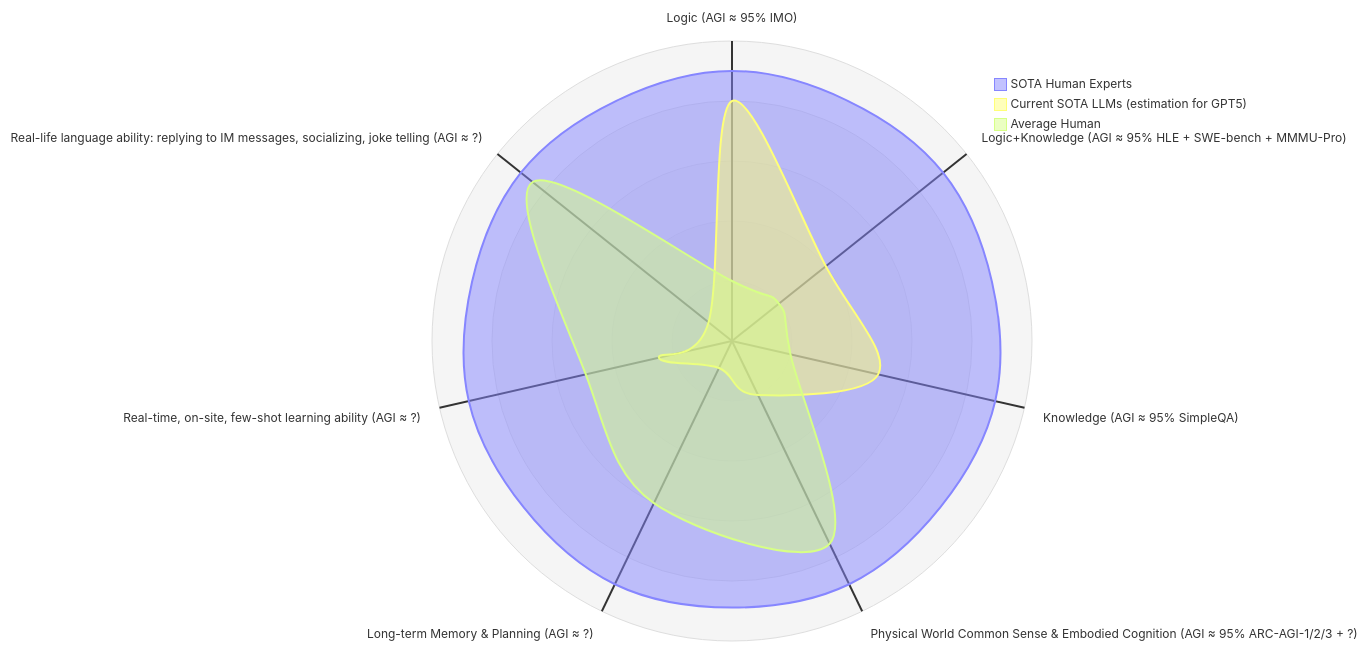
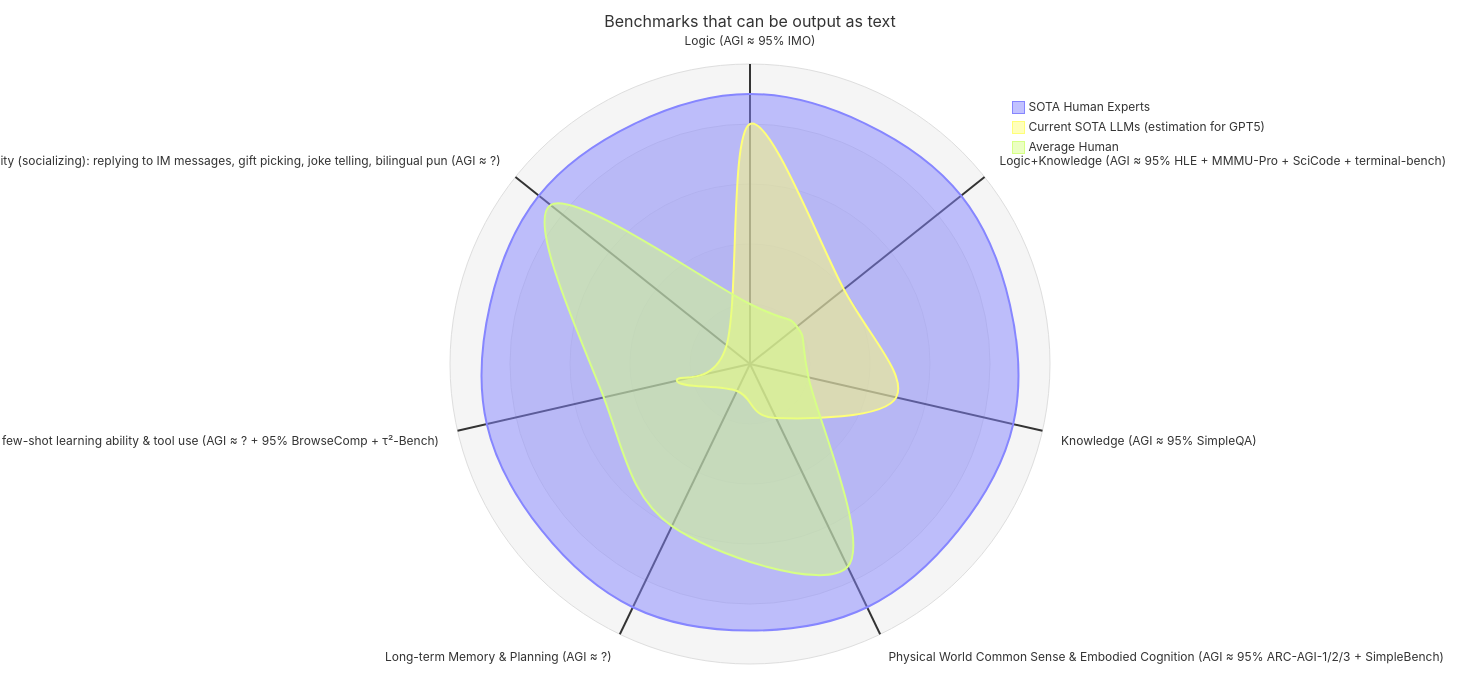
Before and after one commit to RarityBrown/blog: the diagram in blog/AI/thoughts.md, drawn with Mermaid. The commit also changed other lines of this file, not shown here.

````diff
--- a/blog/AI/thoughts.md
+++ b/blog/AI/thoughts.md
@@ -52,15 +52,18 @@
 ```mermaid
+---
+title: "Benchmarks that can be output as text"
+---
 radar-beta
-  axis logic["Logic (AGI ≈ 95% IMO)"], lk["Logic+Knowledge (AGI ≈ 95% HLE + SWE-bench + MMMU-Pro)"], k["Knowledge (AGI ≈ 95% SimpleQA)"]
-  axis e["Physical World Common Sense & Embodied Cognition (AGI ≈ 95% ARC-AGI-1/2/3 + ?)"]
+  axis logic["Logic (AGI ≈ 95% IMO)"], lk["Logic+Knowledge (AGI ≈ 95% HLE + MMMU-Pro + SciCode + terminal-bench)"], k["Knowledge (AGI ≈ 95% SimpleQA)"]
+  axis e["Physical World Common Sense & Embodied Cognition (AGI ≈ 95% ARC-AGI-1/2/3 + SimpleBench)"]
   axis Long["Long-term Memory & Planning (AGI ≈ ?)"]
-  axis Le["Real-time, on-site, few-shot learning ability (AGI ≈ ?)"]
-  axis La["Real-life language ability: replying to IM messages, socializing, joke telling (AGI ≈ ?)"]  %% https://arxiv.org/pdf/2405.20956
+  axis Le["Real-time, on-site, few-shot learning ability & tool use (AGI ≈ ? + 95% BrowseComp + τ²-Bench)"]
+  axis La["Real-life language ability (socializing): replying to IM messages, gift picking, joke telling, bilingual pun (AGI ≈ ?)"]  %% https://arxiv.org/pdf/2405.20956
 
   curve Experts["SOTA Human Experts"]{90, 90, 90, 90, 90, 90, 90}
   curve LLM["Current SOTA LLMs (estimation for GPT5)"]{80, 40, 50, 20, 10, 25, 10}
   curve Average["Average Human"]{20, 20, 20, 75, 60, 50, 85}
 
   max 100
   min 0
 ```
````
